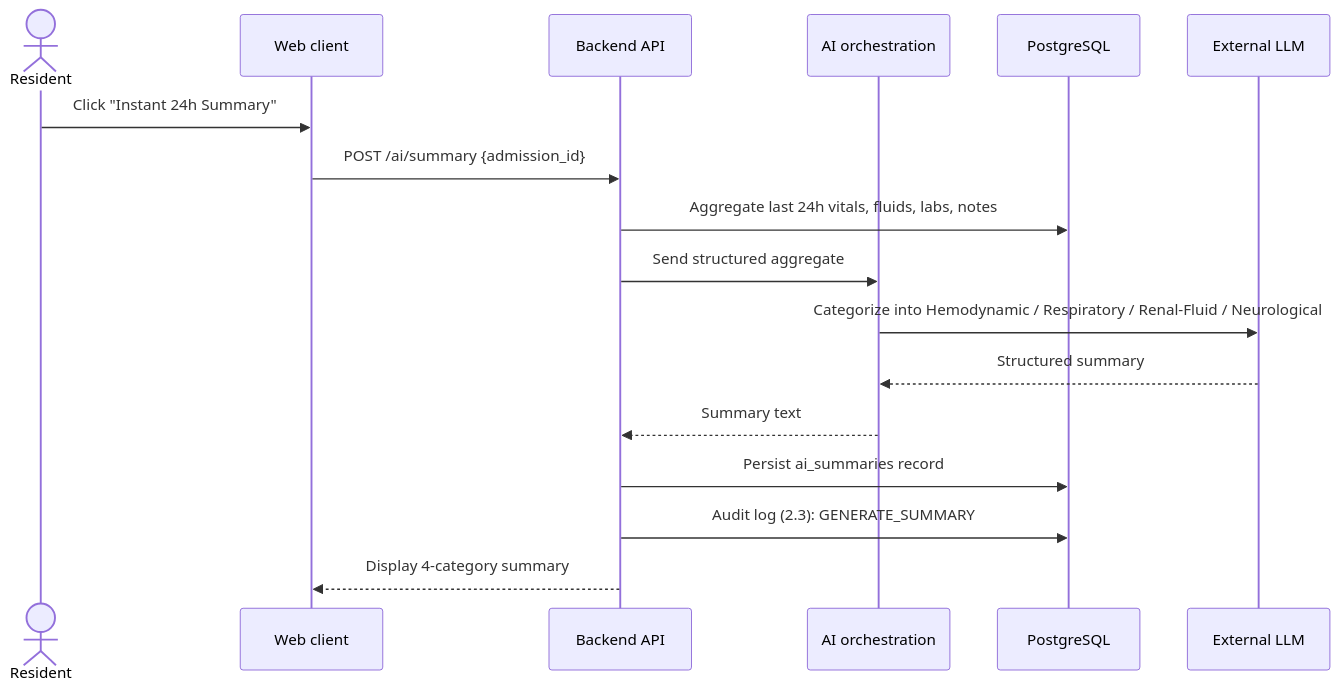
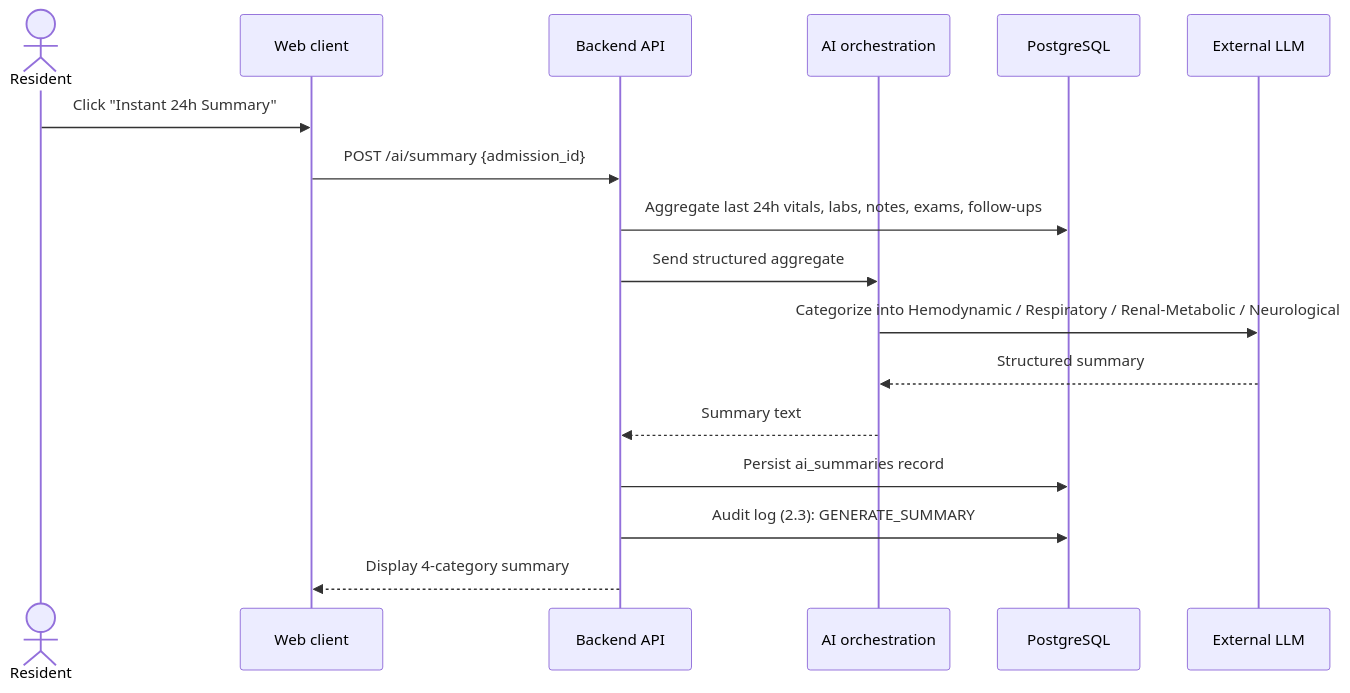
Before and after one commit to ITI-OS-Team-2026/ICU-Management-Project: diagram 11 of 16 in docs/System-Flows.md, drawn with Mermaid. The commit also changed other lines of this file and 9 other files, not shown here.

````diff
--- a/docs/System-Flows.md
+++ b/docs/System-Flows.md
@@ -314,20 +346,20 @@
 ```mermaid
 sequenceDiagram
     actor Resident
     participant UI as Web client
     participant API as Backend API
     participant Orch as AI orchestration
     participant DB as PostgreSQL
     participant LLM as External LLM
 
     Resident->>UI: Click "Instant 24h Summary"
     UI->>API: POST /ai/summary {admission_id}
-    API->>DB: Aggregate last 24h vitals, fluids, labs, notes
+    API->>DB: Aggregate last 24h vitals, labs, notes, exams, follow-ups
     API->>Orch: Send structured aggregate
-    Orch->>LLM: Categorize into Hemodynamic / Respiratory / Renal-Fluid / Neurological
+    Orch->>LLM: Categorize into Hemodynamic / Respiratory / Renal-Metabolic / Neurological
     LLM-->>Orch: Structured summary
     Orch-->>API: Summary text
     API->>DB: Persist ai_summaries record
     API->>DB: Audit log (2.3): GENERATE_SUMMARY
     API-->>UI: Display 4-category summary
 ```
````
